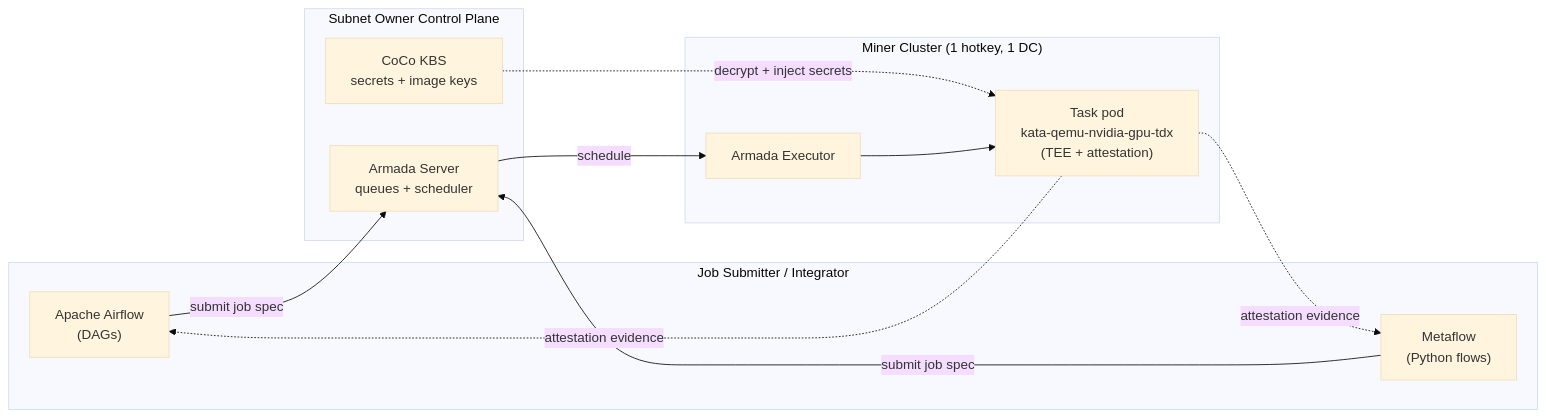
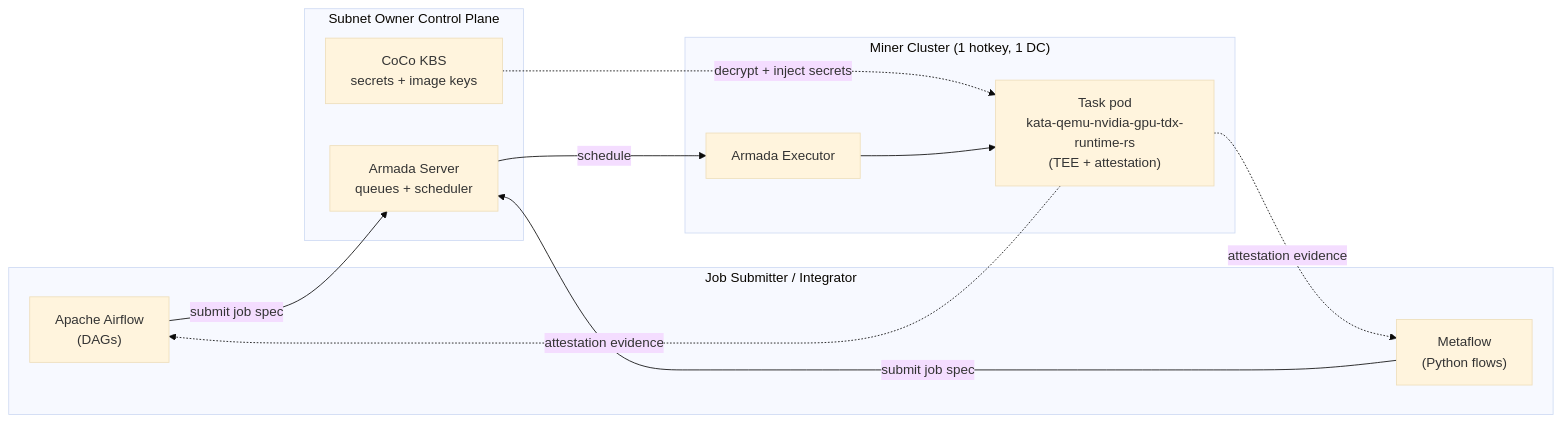
One commit to KubeTEE-AI/kubetee-subnet changed the diagram in docs/WORKFLOW-ORCHESTRATION.md. Above: the diagram before and after it, drawn with Mermaid (base theme). The commit also changed other lines of this file and 7 other files, not shown here.

````diff
--- a/docs/WORKFLOW-ORCHESTRATION.md
+++ b/docs/WORKFLOW-ORCHESTRATION.md
@@ -16,22 +16,22 @@
 ```mermaid
 flowchart LR
     subgraph submitter["Job Submitter / Integrator"]
         Airflow["Apache Airflow\n(DAGs)"]
         Metaflow["Metaflow\n(Python flows)"]
     end
     subgraph owner["Subnet Owner Control Plane"]
         ArmadaServer["Armada Server\nqueues + scheduler"]
         KBS["CoCo KBS\nsecrets + image keys"]
     end
     subgraph miner["Miner Cluster (1 hotkey, 1 DC)"]
         Exec["Armada Executor"]
-        Pod["Task pod\nkata-qemu-nvidia-gpu-tdx\n(TEE + attestation)"]
+        Pod["Task pod\nkata-qemu-nvidia-gpu-tdx-runtime-rs\n(TEE + attestation)"]
     end
     Airflow -->|submit job spec| ArmadaServer
     Metaflow -->|submit job spec| ArmadaServer
     KBS -.->|decrypt + inject secrets| Pod
     ArmadaServer -->|schedule| Exec
     Exec --> Pod
     Pod -.->|attestation evidence| Airflow
     Pod -.->|attestation evidence| Metaflow
 ```
````
